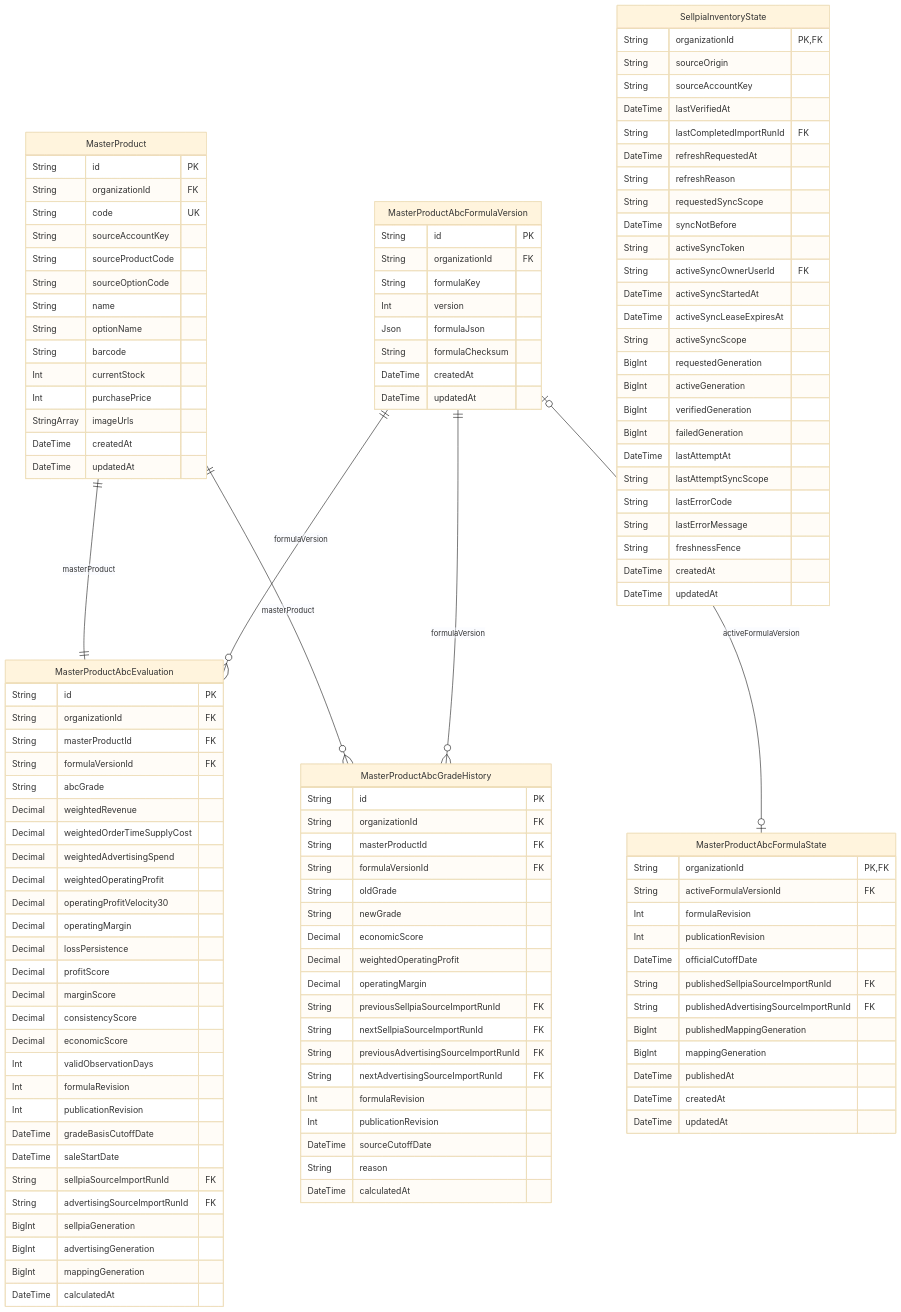
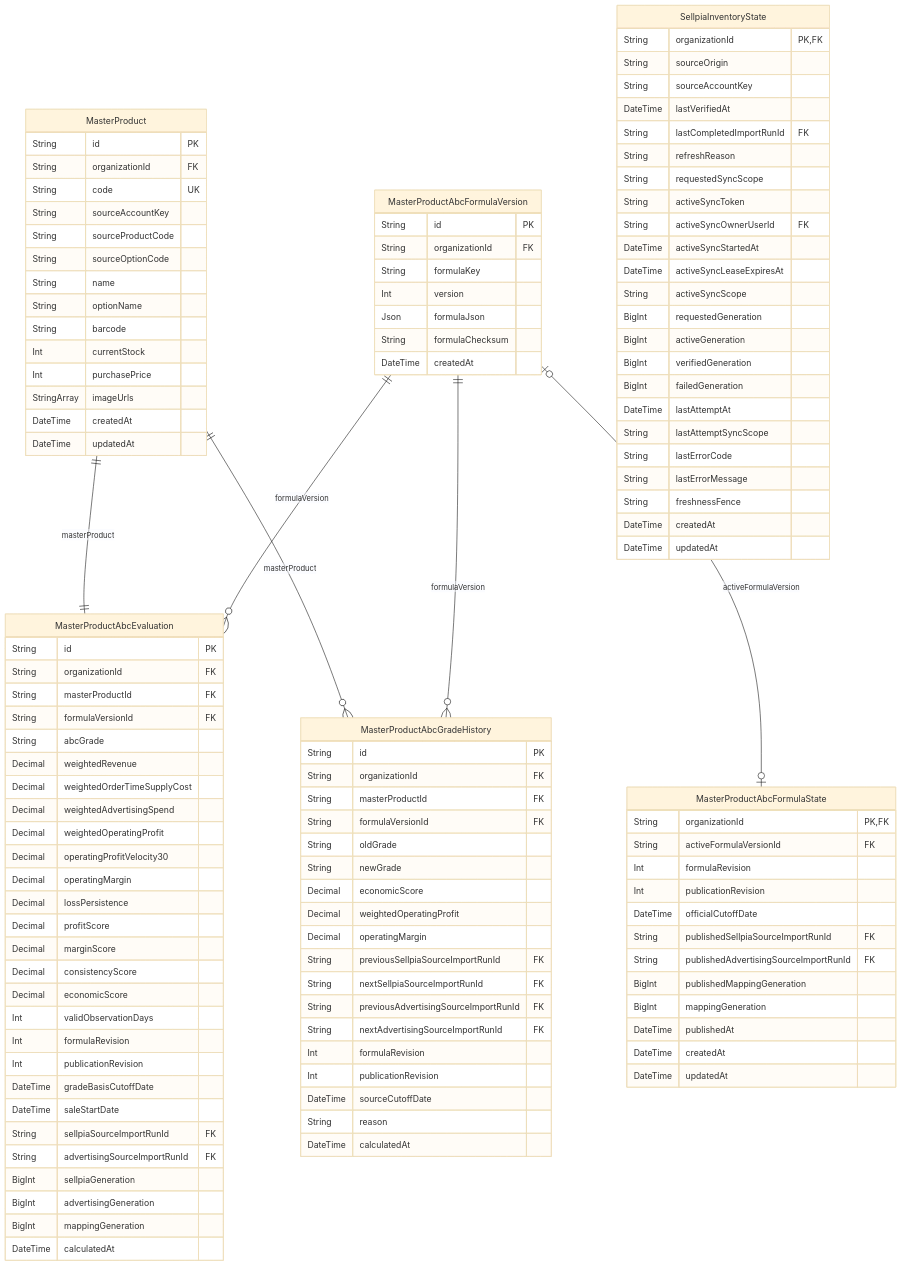
The diagram in docs/erd/products.md (AgentFoundry-Labs/kiditem), drawn with Mermaid (base theme) before and after one commit. The commit also changed 173 other files, not shown here.

```diff
--- a/docs/erd/products.md
+++ b/docs/erd/products.md
@@ -87,7 +87,6 @@
     Json formulaJson
     String formulaChecksum
     DateTime createdAt
-    DateTime updatedAt
   }
   MasterProductAbcGradeHistory {
     String id PK
@@ -115,10 +114,8 @@
     String sourceAccountKey
     DateTime lastVerifiedAt
     String lastCompletedImportRunId FK
-    DateTime refreshRequestedAt
     String refreshReason
     String requestedSyncScope
-    DateTime syncNotBefore
     String activeSyncToken
     String activeSyncOwnerUserId FK
     DateTime activeSyncStartedAt
```
